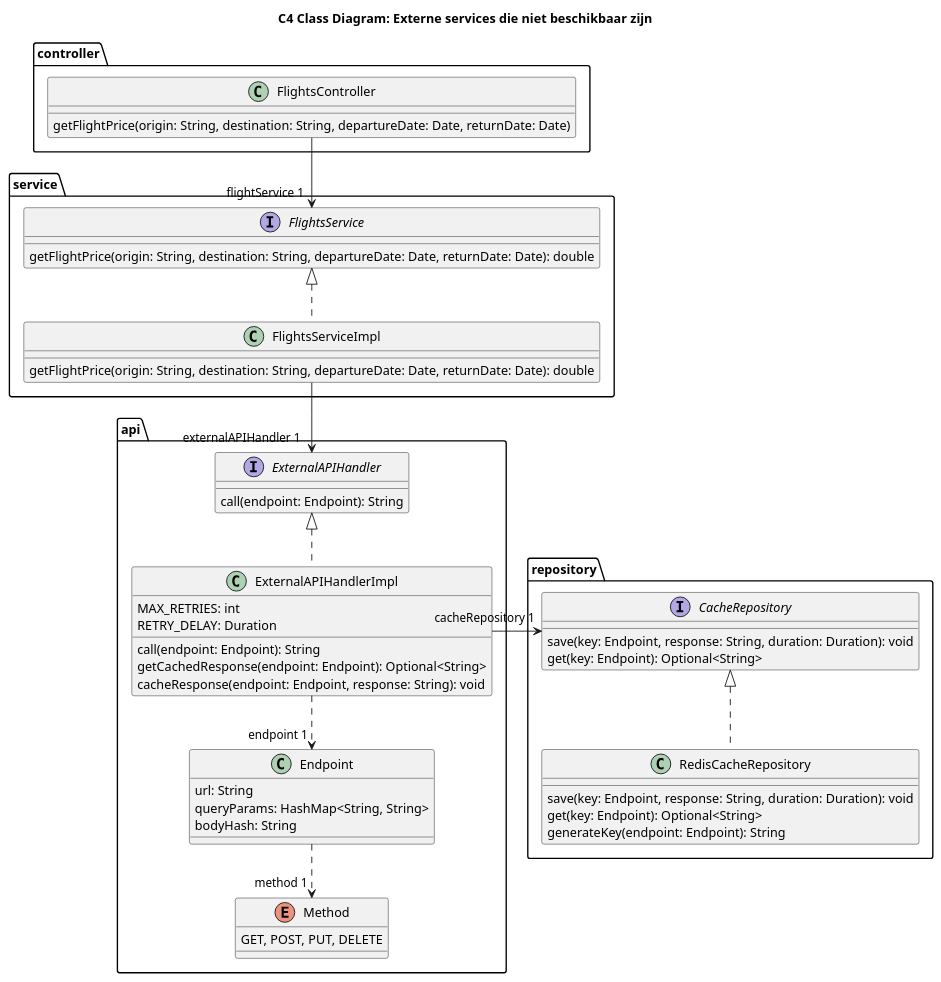
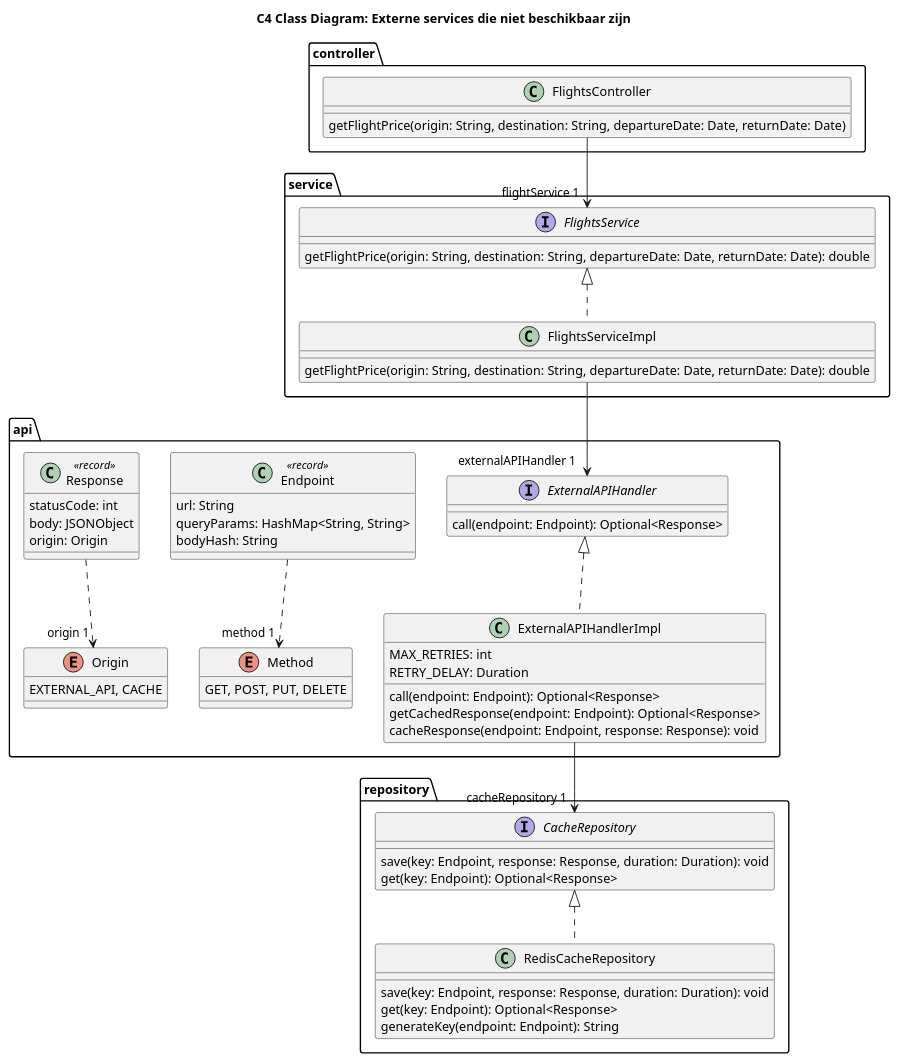
One commit to AIM-ENE-feb25/triptop-groep-4-jochem-roald-stijn-a changed the diagram in software-guidebook/sgb-bestanden/ontwerpvragen/Fault Tolerance - class diagram.puml. Above: the diagram before and after it, drawn with PlantUML. The commit also changed 13 other files, not shown here.

```diff
--- a/software-guidebook/sgb-bestanden/ontwerpvragen/Fault Tolerance - class diagram.puml
+++ b/software-guidebook/sgb-bestanden/ontwerpvragen/Fault Tolerance - class diagram.puml
@@ -1,71 +1,81 @@
 @startuml
 title C4 Class Diagram: Externe services die niet beschikbaar zijn
 
 'hide circle
 'skinparam linetype ortho
 
 top to bottom direction
 
 package "controller" {
     class FlightsController {
         getFlightPrice(origin: String, destination: String, departureDate: Date, returnDate: Date)
     }
 }
 
 package "service" {
     interface FlightsService {
         getFlightPrice(origin: String, destination: String, departureDate: Date, returnDate: Date): double
     }
 
     class FlightsServiceImpl {
         getFlightPrice(origin: String, destination: String, departureDate: Date, returnDate: Date): double
     }
 }
 
 package "api" {
     interface ExternalAPIHandler {
-        call(endpoint: Endpoint): String
+        call(endpoint: Endpoint): Optional<Response>
     }
 
     class ExternalAPIHandlerImpl {
         MAX_RETRIES: int
         RETRY_DELAY: Duration
-        call(endpoint: Endpoint): String
-        getCachedResponse(endpoint: Endpoint): Optional<String>
-        cacheResponse(endpoint: Endpoint, response: String): void
+        call(endpoint: Endpoint): Optional<Response>
+        getCachedResponse(endpoint: Endpoint): Optional<Response>
+        cacheResponse(endpoint: Endpoint, response: Response): void
     }
 
-    class Endpoint {
+    class Endpoint <<record>> {
         url: String
         queryParams: HashMap<String, String>
         bodyHash: String
     }
 
     enum Method {
         GET, POST, PUT, DELETE
     }
+
+    class Response <<record>> {
+        statusCode: int
+        body: JSONObject
+        origin: Origin
+    }
+
+    enum Origin {
+        EXTERNAL_API, CACHE
+    }
 }
 
 package "repository" {
     interface CacheRepository {
-        save(key: Endpoint, response: String, duration: Duration): void
-        get(key: Endpoint): Optional<String>
+        save(key: Endpoint, response: Response, duration: Duration): void
+        get(key: Endpoint): Optional<Response>
     }
 
     class RedisCacheRepository {
-        save(key: Endpoint, response: String, duration: Duration): void
-        get(key: Endpoint): Optional<String>
+        save(key: Endpoint, response: Response, duration: Duration): void
+        get(key: Endpoint): Optional<Response>
         generateKey(endpoint: Endpoint): String
     }
 }
 
 FlightsController --> "flightService 1" FlightsService
 FlightsServiceImpl .u.|> FlightsService
 FlightsServiceImpl --> "externalAPIHandler 1" ExternalAPIHandler
 ExternalAPIHandlerImpl .u.|> ExternalAPIHandler
-ExternalAPIHandlerImpl -r-> "cacheRepository 1" CacheRepository
+ExternalAPIHandlerImpl --> "cacheRepository 1" CacheRepository
 RedisCacheRepository .u.|> CacheRepository
-ExternalAPIHandlerImpl ..> "endpoint 1" Endpoint
 Endpoint ..> "method 1" Method
+Response ..> "origin 1" Origin
 
 @enduml
```
